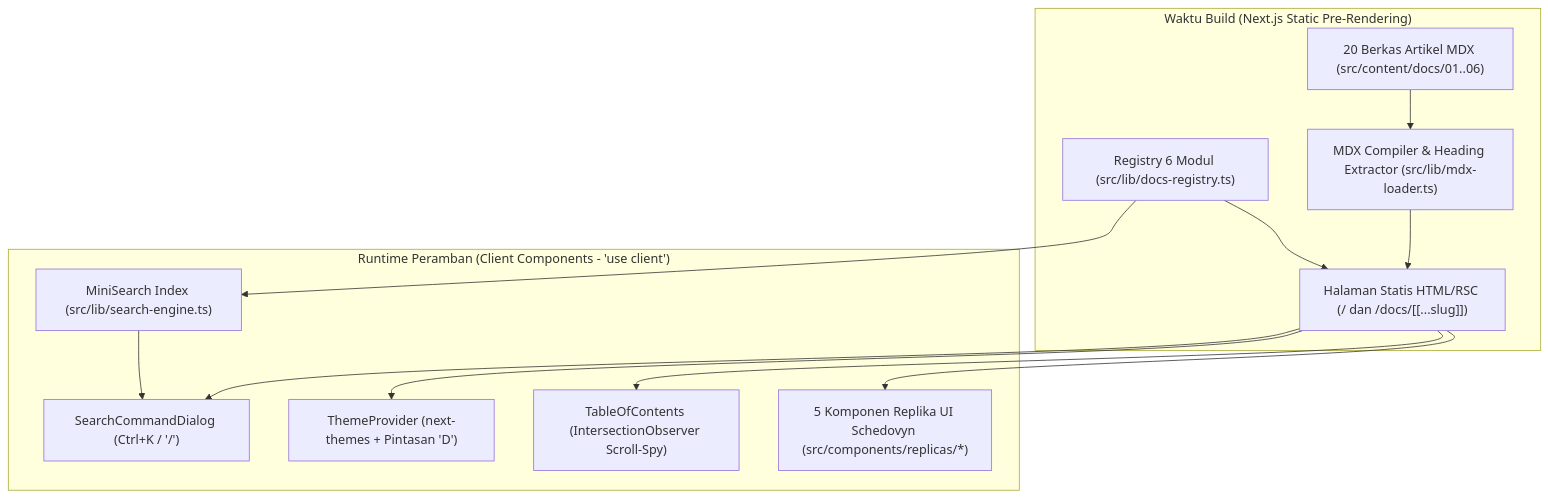
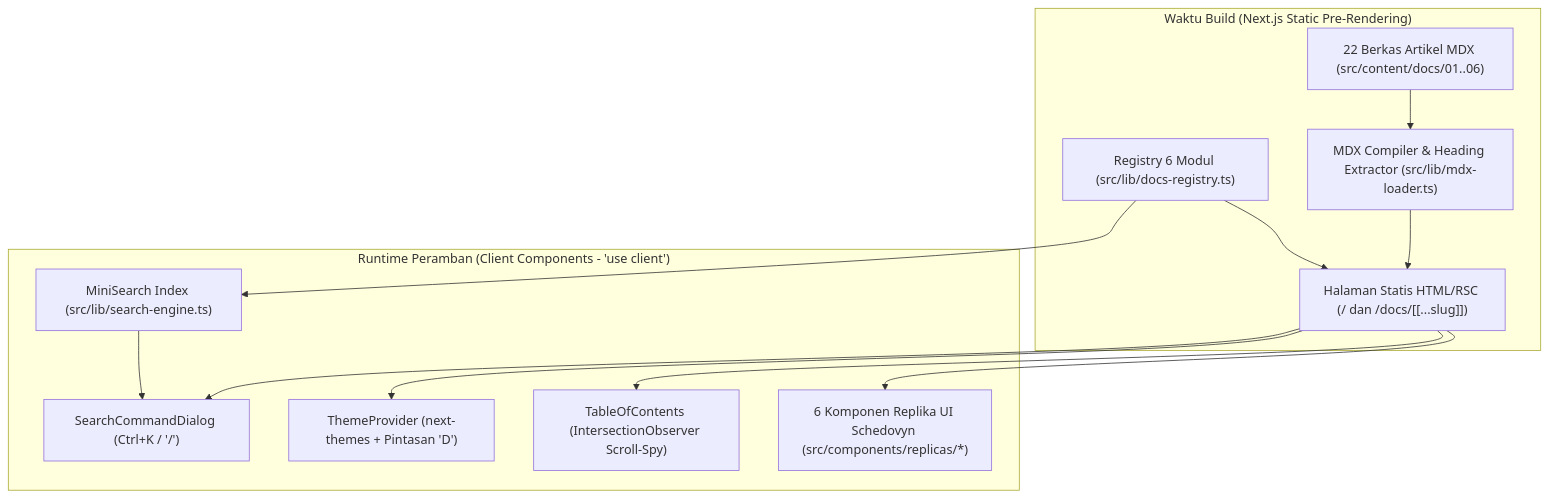
One commit to akhmad-ardi/schedovyn-user-guide changed the diagram in docs/Schedovyn-User-Guide-TDD.md. Above: the diagram before and after it, drawn with Mermaid. The commit also changed other lines of this file and 17 other files, not shown here.

````diff
--- a/docs/Schedovyn-User-Guide-TDD.md
+++ b/docs/Schedovyn-User-Guide-TDD.md
@@ -20,29 +20,29 @@
 ```mermaid
 flowchart TD
     subgraph BuildTime["Waktu Build (Next.js Static Pre-Rendering)"]
-        MDXFiles["20 Berkas Artikel MDX (src/content/docs/01..06)"]
+        MDXFiles["22 Berkas Artikel MDX (src/content/docs/01..06)"]
         Registry["Registry 6 Modul (src/lib/docs-registry.ts)"]
         MDXLoader["MDX Compiler & Heading Extractor (src/lib/mdx-loader.ts)"]
         StaticPages["Halaman Statis HTML/RSC (/ dan /docs/[[...slug]])"]
 
         Registry --> StaticPages
         MDXFiles --> MDXLoader
         MDXLoader --> StaticPages
     end
 
     subgraph ClientRuntime["Runtime Peramban (Client Components - 'use client')"]
         SearchEngine["MiniSearch Index (src/lib/search-engine.ts)"]
         SearchDialog["SearchCommandDialog (Ctrl+K / '/')"]
         ThemeMgr["ThemeProvider (next-themes + Pintasan 'D')"]
         TOC["TableOfContents (IntersectionObserver Scroll-Spy)"]
-        Replicas["5 Komponen Replika UI Schedovyn (src/components/replicas/*)"]
+        Replicas["6 Komponen Replika UI Schedovyn (src/components/replicas/*)"]
 
         Registry --> SearchEngine
         SearchEngine --> SearchDialog
     end
 
     StaticPages --> SearchDialog
     StaticPages --> ThemeMgr
     StaticPages --> TOC
     StaticPages --> Replicas
 ```
````
